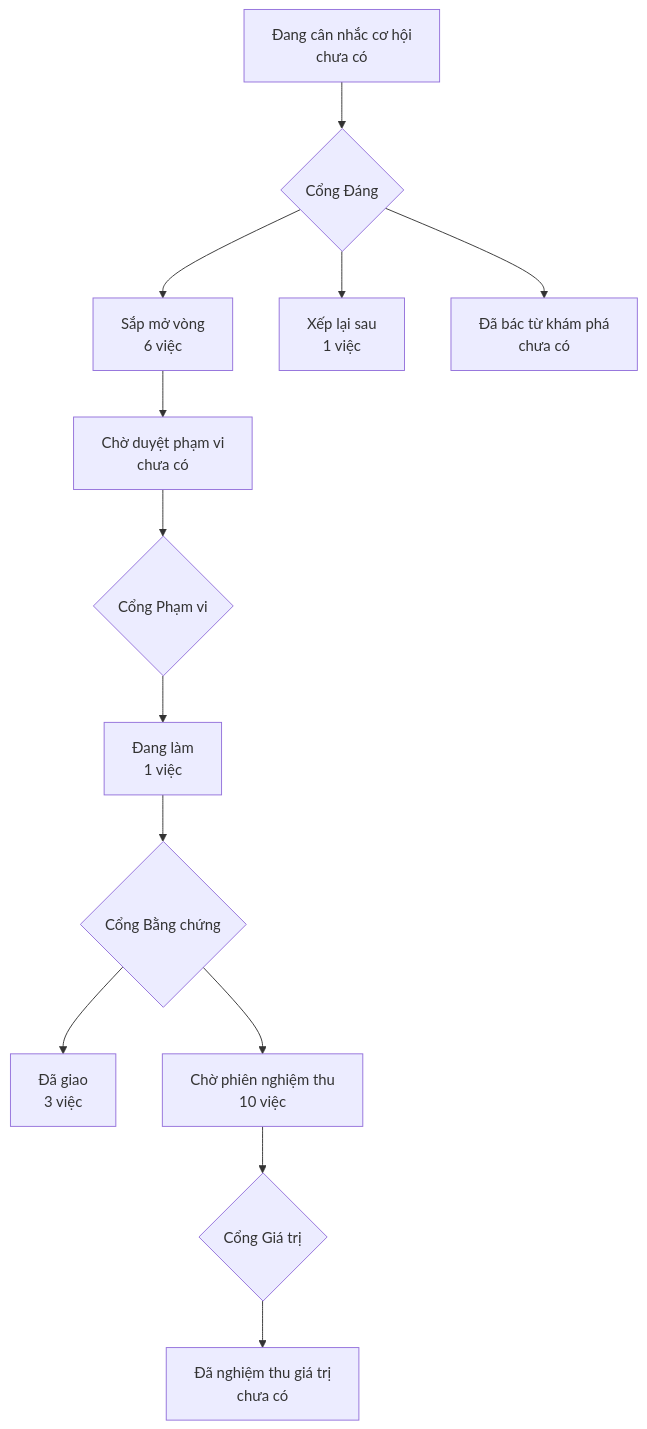
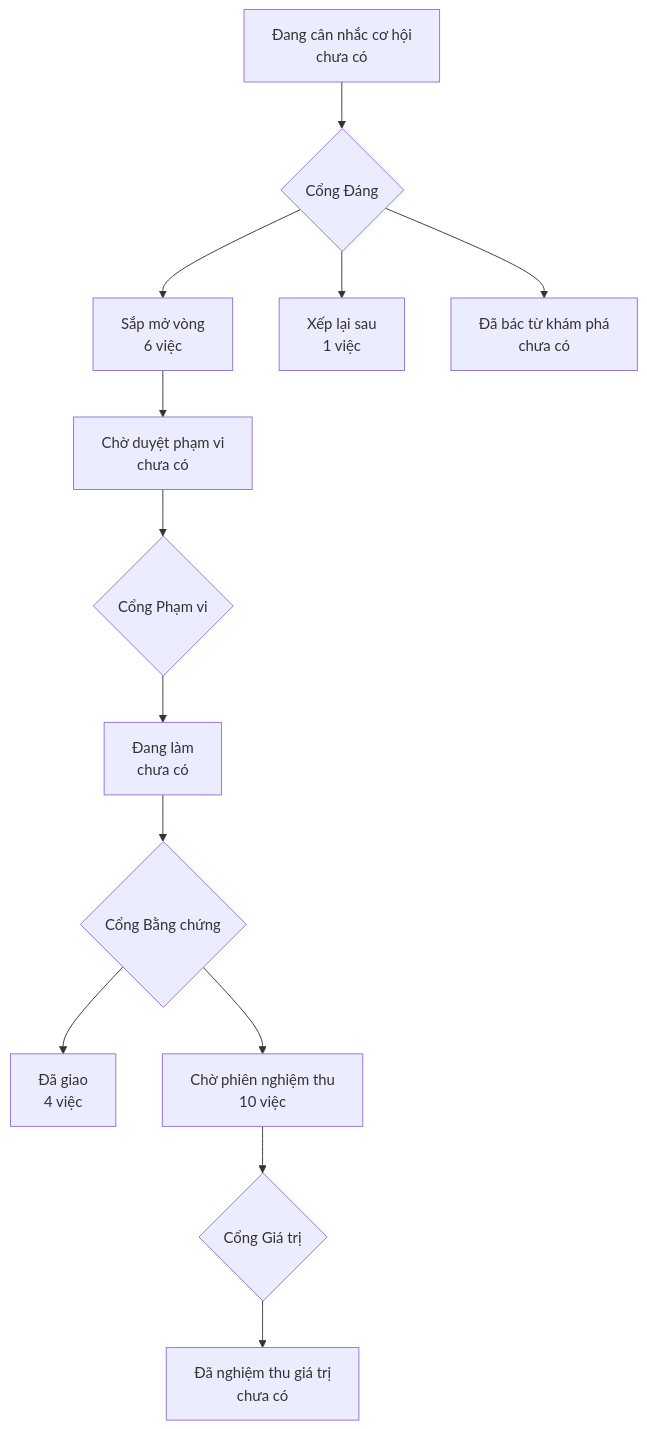
Before and after one commit to phanlemanh/onehub-quy-hang: the diagram in PRODUCT-MAP.md, drawn with Mermaid. The commit also changed other lines of this file and 7 other files, not shown here.

Commit message:
chore(phien-dang-nhap-30-ngay): bằng chứng S4 lượt 1 — PASS 7/7, máy thông (machine-cleared)

````diff
--- a/PRODUCT-MAP.md
+++ b/PRODUCT-MAP.md
@@ -7,12 +7,12 @@
 ```mermaid
 flowchart TD
   A["Đang cân nhắc cơ hội<br/>chưa có"] --> GD{"Cổng Đáng"}
   GD --> B["Sắp mở vòng<br/>6 việc"]
   GD --> XL["Xếp lại sau<br/>1 việc"]
   GD --> DB["Đã bác từ khám phá<br/>chưa có"]
   B --> CD["Chờ duyệt phạm vi<br/>chưa có"] --> GP{"Cổng Phạm vi"}
-  GP --> DL["Đang làm<br/>1 việc"] --> GB{"Cổng Bằng chứng"}
-  GB --> DG["Đã giao<br/>3 việc"]
+  GP --> DL["Đang làm<br/>chưa có"] --> GB{"Cổng Bằng chứng"}
+  GB --> DG["Đã giao<br/>4 việc"]
   GB --> CN["Chờ phiên nghiệm thu<br/>10 việc"] --> GG{"Cổng Giá trị"}
   GG --> NT["Đã nghiệm thu giá trị<br/>chưa có"]
 ```
````
